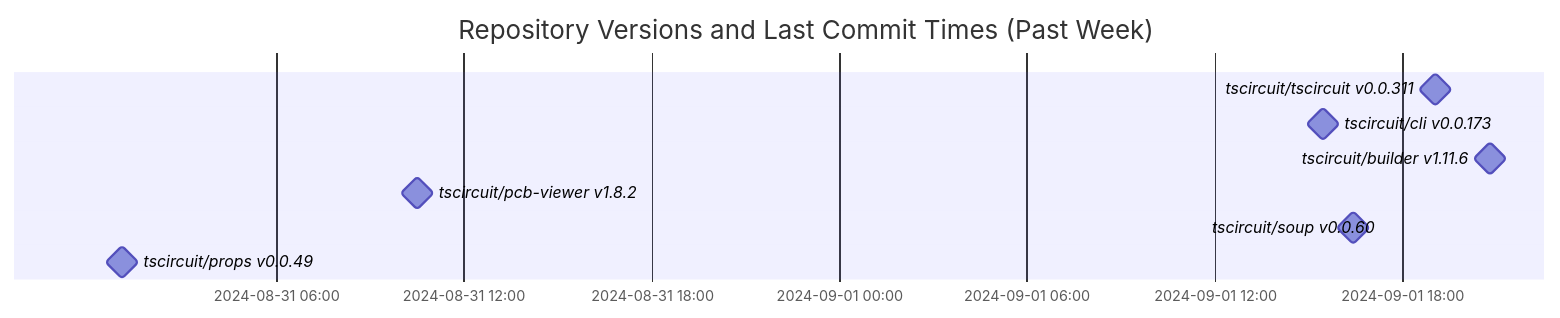
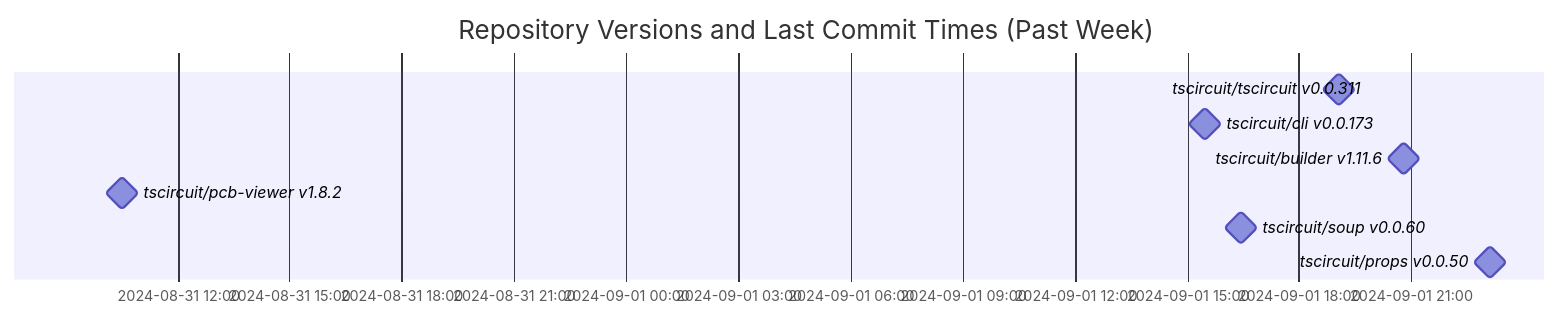
Before and after one commit to tscircuit/version-tracker: the diagram in README.md, drawn with Mermaid.

Commit message:
Update chart

````diff
--- a/README.md
+++ b/README.md
@@ -1,13 +1,13 @@
 ```mermaid
 gantt
   dateFormat  YYYY-MM-DD HH:mm:ss
   title Repository Versions and Last Commit Times (Past Week)
   axisFormat %Y-%m-%d %H:%M
 
   tscircuit/tscircuit v0.0.311 : milestone, 2024-09-01 19:02:50, 1s
   tscircuit/cli v0.0.173 : milestone, 2024-09-01 15:28:45, 1s
   tscircuit/builder v1.11.6 : milestone, 2024-09-01 20:47:46, 1s
   tscircuit/pcb-viewer v1.8.2 : milestone, 2024-08-31 10:30:56, 1s
   tscircuit/soup v0.0.60 : milestone, 2024-09-01 16:26:30, 1s
-  tscircuit/props v0.0.49 : milestone, 2024-08-31 01:05:09, 1s
+  tscircuit/props v0.0.50 : milestone, 2024-09-01 23:06:28, 1s
 ```
````
